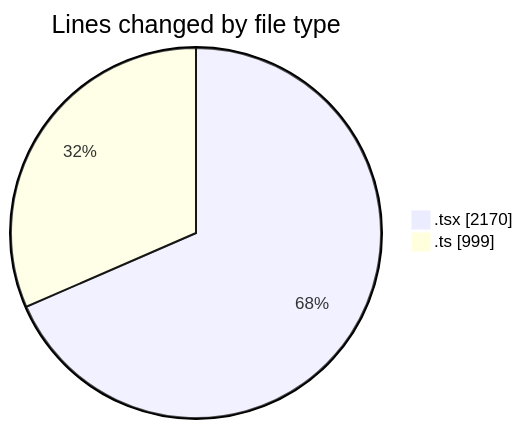
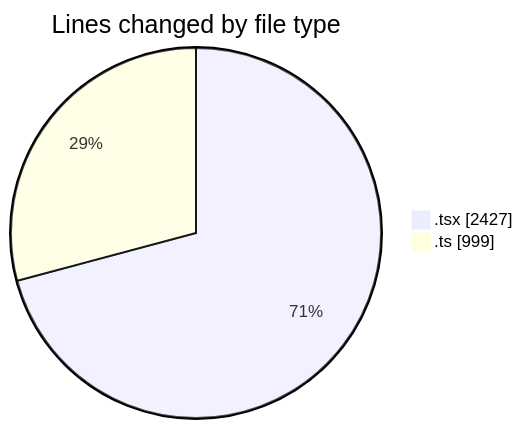
Before and after one commit to momahboobian/code-tracking: the first of 2 diagrams in 2025-07-02/cda/README.md, drawn with Mermaid. The commit also changed other lines of this file and 1 other file, not shown here.

````diff
--- a/2025-07-02/cda/README.md
+++ b/2025-07-02/cda/README.md
@@ -25,6 +26,6 @@
 ```mermaid
 pie showData
 title Lines changed by file type
-".tsx" : 2170
+".tsx" : 2427
 ".ts" : 999
 ```
````
